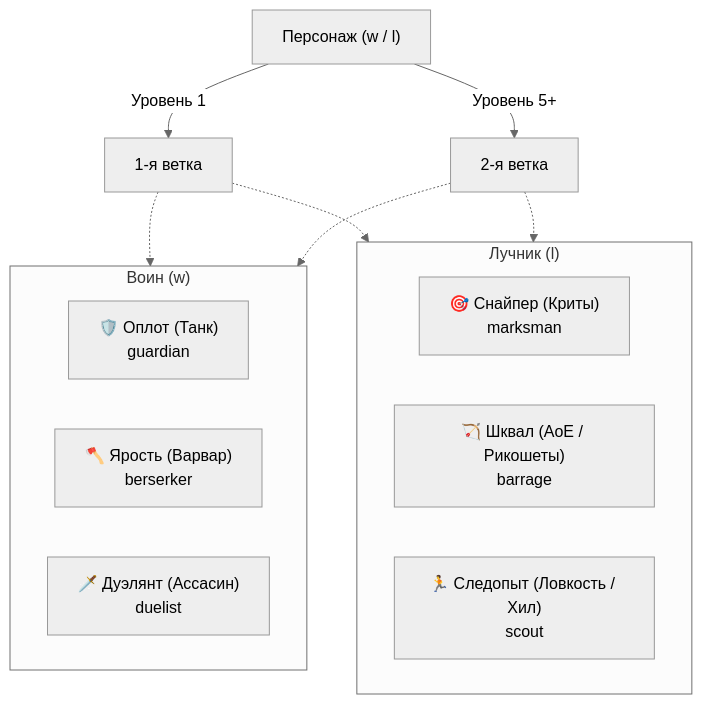
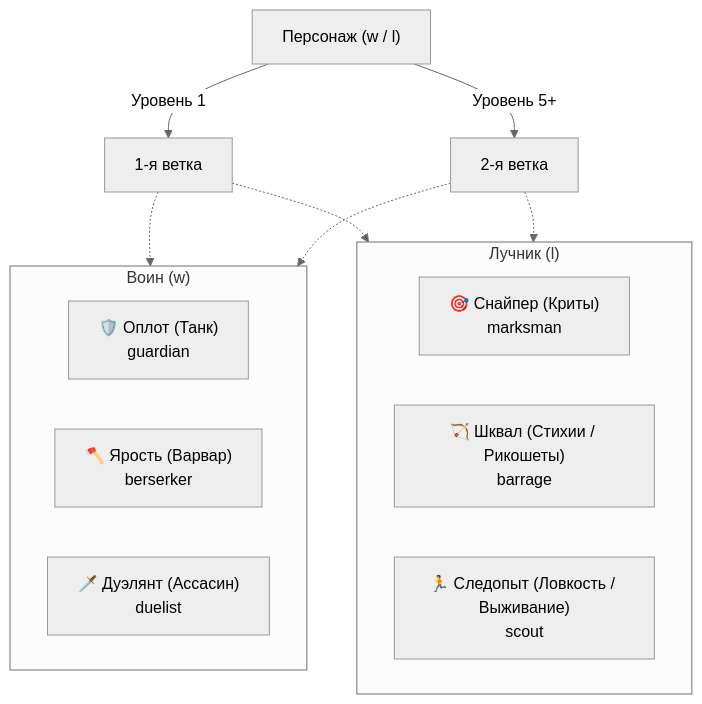
One commit to fwo-online/fwo-tg changed the diagram in docs/agents/warrior-archer-skills.md. Above: the diagram before and after it, drawn with Mermaid (neutral theme). The commit also changed other lines of this file and 91 other files, not shown here.

````diff
--- a/docs/agents/warrior-archer-skills.md
+++ b/docs/agents/warrior-archer-skills.md
@@ -184,21 +282,21 @@
 ```mermaid
 graph TD
     subgraph Warrior["Воин (w)"]
         W1["🛡️ Оплот (Танк)<br>guardian"]
         W2["🪓 Ярость (Варвар)<br>berserker"]
         W3["🗡️ Дуэлянт (Ассасин)<br>duelist"]
     end
 
     subgraph Archer["Лучник (l)"]
         A1["🎯 Снайпер (Криты)<br>marksman"]
-        A2["🏹 Шквал (AoE / Рикошеты)<br>barrage"]
-        A3["🏃 Следопыт (Ловкость / Хил)<br>scout"]
+        A2["🏹 Шквал (Стихии / Рикошеты)<br>barrage"]
+        A3["🏃 Следопыт (Ловкость / Выживание)<br>scout"]
     end
 
     Char["Персонаж (w / l)"] -->|Уровень 1| S1["1-я ветка"]
     Char -->|Уровень 5+| S2["2-я ветка"]
     S1 -.-> Warrior
     S1 -.-> Archer
     S2 -.-> Warrior
     S2 -.-> Archer
 ```
````
